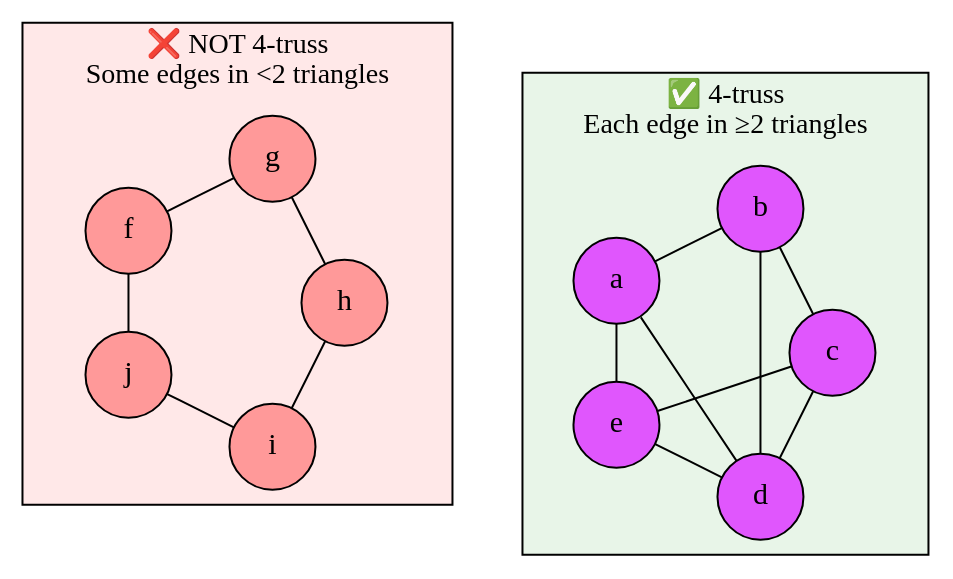
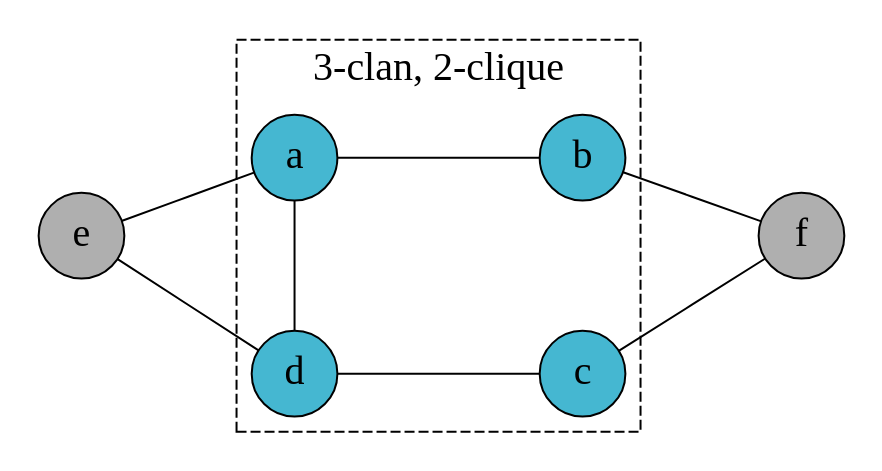
The third of 3 diagrams in docs/lecture-note/m05-clustering/01-concepts.qmd (skojaku/adv-net-sci), drawn with Graphviz before and after one commit. The commit also changed other lines of this file and 92 other files, not shown here.

````diff
--- a/docs/lecture-note/m05-clustering/01-concepts.qmd
+++ b/docs/lecture-note/m05-clustering/01-concepts.qmd
@@ -235,49 +195,47 @@
 ```{dot}
 //| fig-width: 6
 //| fig-height: 3
 //| fig-align: center
-
 graph G {
     layout=fdp;
-    node [shape=circle, style=filled, fontsize=15, width=0.6];
-    edge [len=1.5];
+    node [shape=circle, style=filled, fontsize=20, width=0.4, fillcolor=black];
+    edge [len=1.2];
 
-    // k-truss: qualifies (each edge in ≥k-2=2 triangles)
-    subgraph cluster_truss {
-        label="✅ 4-truss\nEach edge in ≥2 triangles";
-        style=filled;
-        fillcolor="#e8f5e8";
+    // 2-Clique (larger dashed box)
+    subgraph cluster_clique {
+        style=dashed;
+        fontsize=16;
+        peripheries=0;
 
-        a [pos="0.5,2.5!", fillcolor="#e056fd"];
-        b [pos="1.5,3!", fillcolor="#e056fd"];
-        c [pos="2,2!", fillcolor="#e056fd"];
-        d [pos="1.5,1!", fillcolor="#e056fd"];
-        e [pos="0.5,1.5!", fillcolor="#e056fd"];
+        // 2-Clan (inner solid box)
+        subgraph cluster_clan {
+            label="3-clan, 2-clique";
+            style=dashed;
+            fontsize=20;
+            peripheries=1;
 
-        a -- b; a -- d; a -- e;
-        b -- c; b -- d;
-        c -- d; c -- e;
-        d -- e;
-        // Every edge participates in at least 2 triangles
-    }
+            // Inner square/rectangle of 4 nodes
+            a [pos="2,2!" fillcolor="#45b7d1"];
+            b [pos="4,2!" fillcolor="#45b7d1"];
+            c [pos="4,0.5!" fillcolor="#45b7d1"];
+            d [pos="2,0.5!" fillcolor="#45b7d1"];
 
-    // Not k-truss: fails (some edges in <k-2 triangles)
-    subgraph cluster_not_truss {
-        label="❌ NOT 4-truss\nSome edges in <2 triangles";
-        style=filled;
-        fillcolor="#ffe8e8";
+            // Square connections
+            a -- b;
+            c -- d;
+            d -- a;
 
-        f [pos="5.5,2.5!", fillcolor="#ff9999"];
-        g [pos="6.5,3!", fillcolor="#ff9999"];
-        h [pos="7,2!", fillcolor="#ff9999"];
-        i [pos="6.5,1!", fillcolor="#ff9999"];
-        j [pos="5.5,1.5!", fillcolor="#ff9999"];
+        }
 
-        f -- g; f -- j;
-        g -- h;
-        h -- i;
-        i -- j;
-        // Some edges (like g-h) participate in <2 triangles
+        // Two external nodes connected to the clan
+        e [pos="0.5,1.25!" fillcolor="#afafaf"];
+        f [pos="5.5,1.25!" fillcolor="#afafaf"];
+
+        // External connections
+        e -- a;
+        e -- d;
+        f -- b;
+        f -- c;
     }
 }
 ```
````
